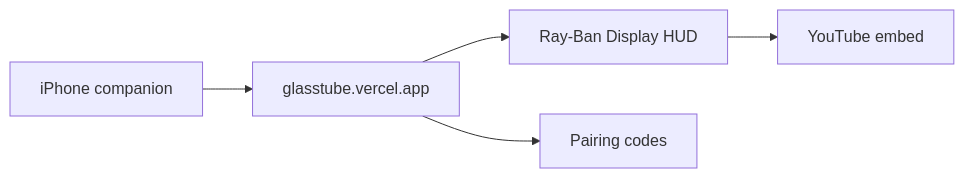
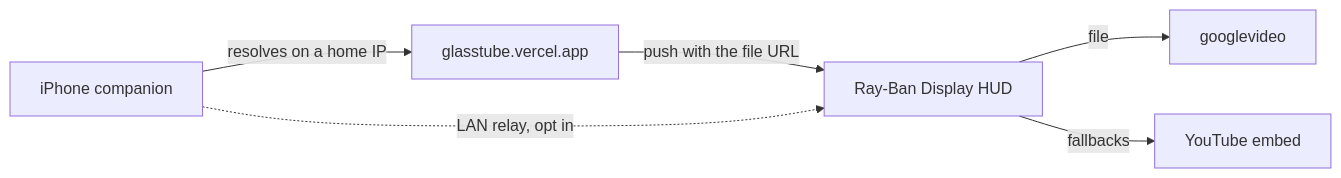
Before and after one commit to mikeshobes718/glasstube: the diagram in README.md, drawn with Mermaid. The commit also changed other lines of this file and 14 other files, not shown here.

````diff
--- a/README.md
+++ b/README.md
@@ -27,7 +50,8 @@
 ```mermaid
 flowchart LR
-    Phone["iPhone companion"] --> Cloud["glasstube.vercel.app"]
-    Cloud --> HUD["Ray-Ban Display HUD"]
-    HUD --> YT["YouTube embed"]
-    Cloud --> Pair["Pairing codes"]
+    Phone["iPhone companion"] -->|resolves on a home IP| Cloud["glasstube.vercel.app"]
+    Cloud -->|push with the file URL| HUD["Ray-Ban Display HUD"]
+    HUD -->|file| G["googlevideo"]
+    HUD -->|fallbacks| YT["YouTube embed"]
+    Phone -.->|LAN relay, opt in| HUD
 ```
````
